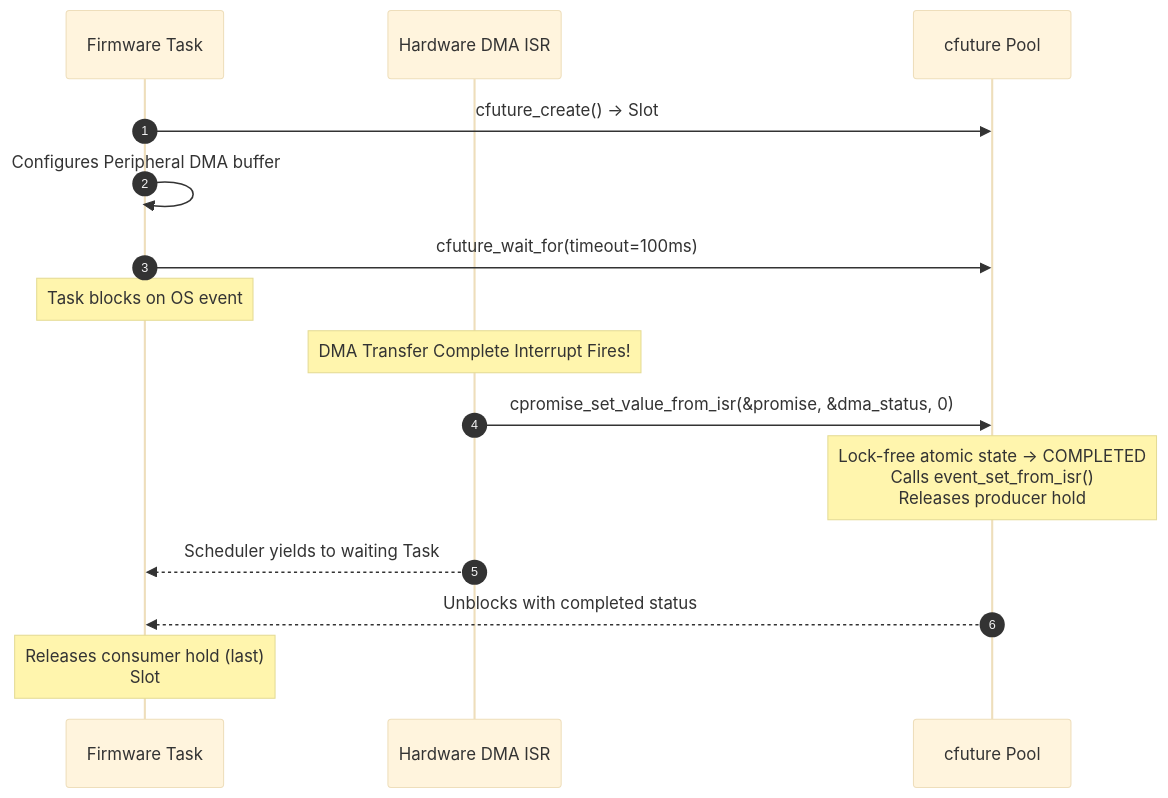
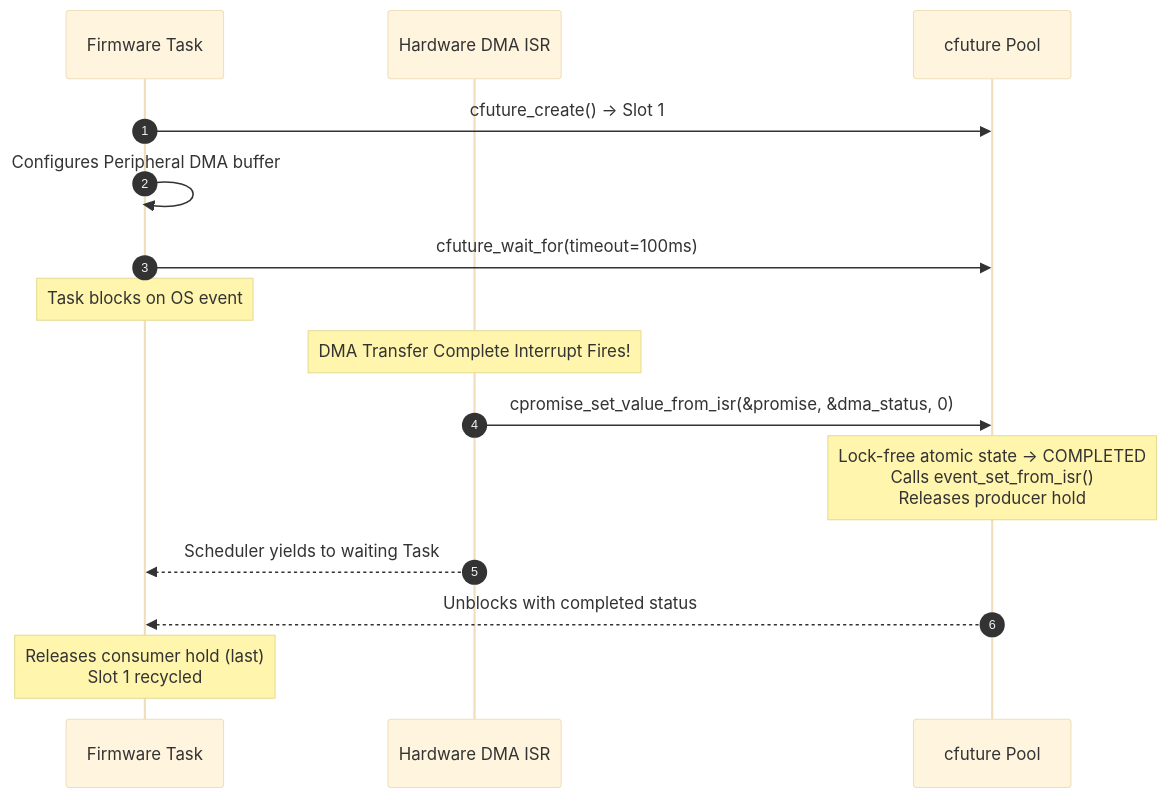
Before and after one commit to Mrunmoy/janus: the sixth of 6 diagrams in README.md, drawn with Mermaid (base theme). The commit also changed other lines of this file and 1 other file, not shown here.

Commit message:
docs: fix truncated and crowded mermaid diagrams, gate against '#' in mermaid

````diff
--- a/README.md
+++ b/README.md
@@ -462,18 +462,18 @@
 ```mermaid
 sequenceDiagram
     autonumber
     participant App as Firmware Task
     participant ISR as Hardware DMA ISR
     participant P as cfuture Pool
 
-    App->>P: cfuture_create() -> Slot #1
+    App->>P: cfuture_create() -> Slot 1
     App->>App: Configures Peripheral DMA buffer
     App->>P: cfuture_wait_for(timeout=100ms)
     Note over App: Task blocks on OS event
     Note over ISR: DMA Transfer Complete Interrupt Fires!
     ISR->>P: cpromise_set_value_from_isr(&promise, &dma_status, 0)
     Note over P: Lock-free atomic state -> COMPLETED<br/>Calls event_set_from_isr()<br/>Releases producer hold
     ISR-->>App: Scheduler yields to waiting Task
     P-->>App: Unblocks with completed status
-    Note over App: Releases consumer hold (last)<br/>Slot #1 recycled
+    Note over App: Releases consumer hold (last)<br/>Slot 1 recycled
 ```
````
